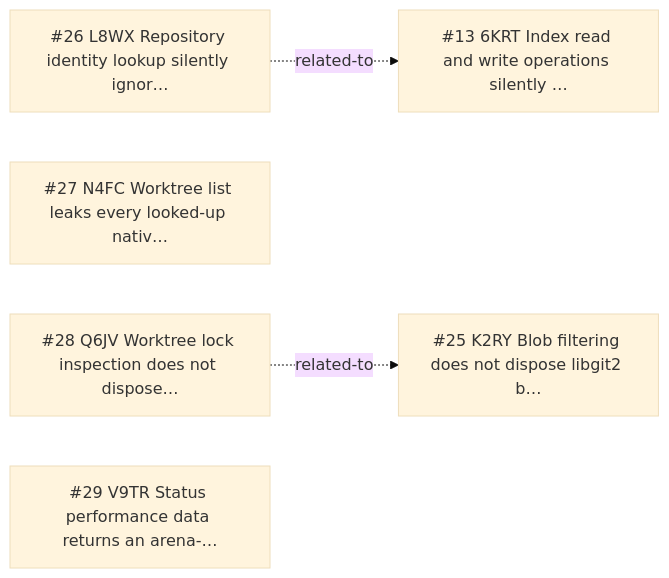
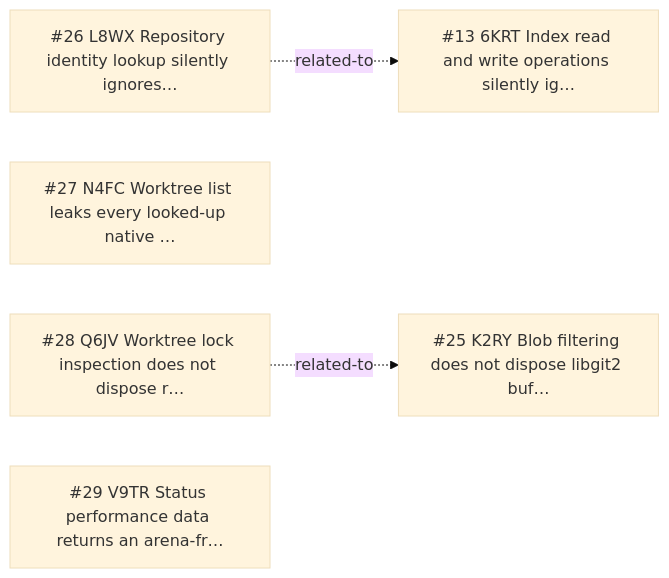
The diagram in _reversa_bugs/repository-lifecycle/generated/graph.md (DartGit-dev/git2dart), drawn with Mermaid (base theme) before and after one commit. The commit also changed other lines of this file and 17 other files, not shown here.

Commit message:
fix: return managed status performance data

````diff
--- a/_reversa_bugs/repository-lifecycle/generated/graph.md
+++ b/_reversa_bugs/repository-lifecycle/generated/graph.md
@@ -5,11 +5,11 @@
 ```mermaid
 graph LR
-  n_BUG_20260817_L8WX["#26 L8WX Repository identity lookup silently ignor…"]
-  n_BUG_20260817_6KRT["#13 6KRT Index read and write operations silently …"]
+  n_BUG_20260817_L8WX["#26 L8WX Repository identity lookup silently ignores…"]
+  n_BUG_20260817_N4FC["#27 N4FC Worktree list leaks every looked-up native …"]
+  n_BUG_20260817_Q6JV["#28 Q6JV Worktree lock inspection does not dispose r…"]
+  n_BUG_20260817_V9TR["#29 V9TR Status performance data returns an arena-fr…"]
+  n_BUG_20260817_6KRT["#13 6KRT Index read and write operations silently ig…"]
+  n_BUG_20260817_K2RY["#25 K2RY Blob filtering does not dispose libgit2 buf…"]
   n_BUG_20260817_L8WX -. related-to .-> n_BUG_20260817_6KRT
-  n_BUG_20260817_N4FC["#27 N4FC Worktree list leaks every looked-up nativ…"]
-  n_BUG_20260817_Q6JV["#28 Q6JV Worktree lock inspection does not dispose…"]
-  n_BUG_20260817_K2RY["#25 K2RY Blob filtering does not dispose libgit2 b…"]
   n_BUG_20260817_Q6JV -. related-to .-> n_BUG_20260817_K2RY
-  n_BUG_20260817_V9TR["#29 V9TR Status performance data returns an arena-…"]
 ```
````
